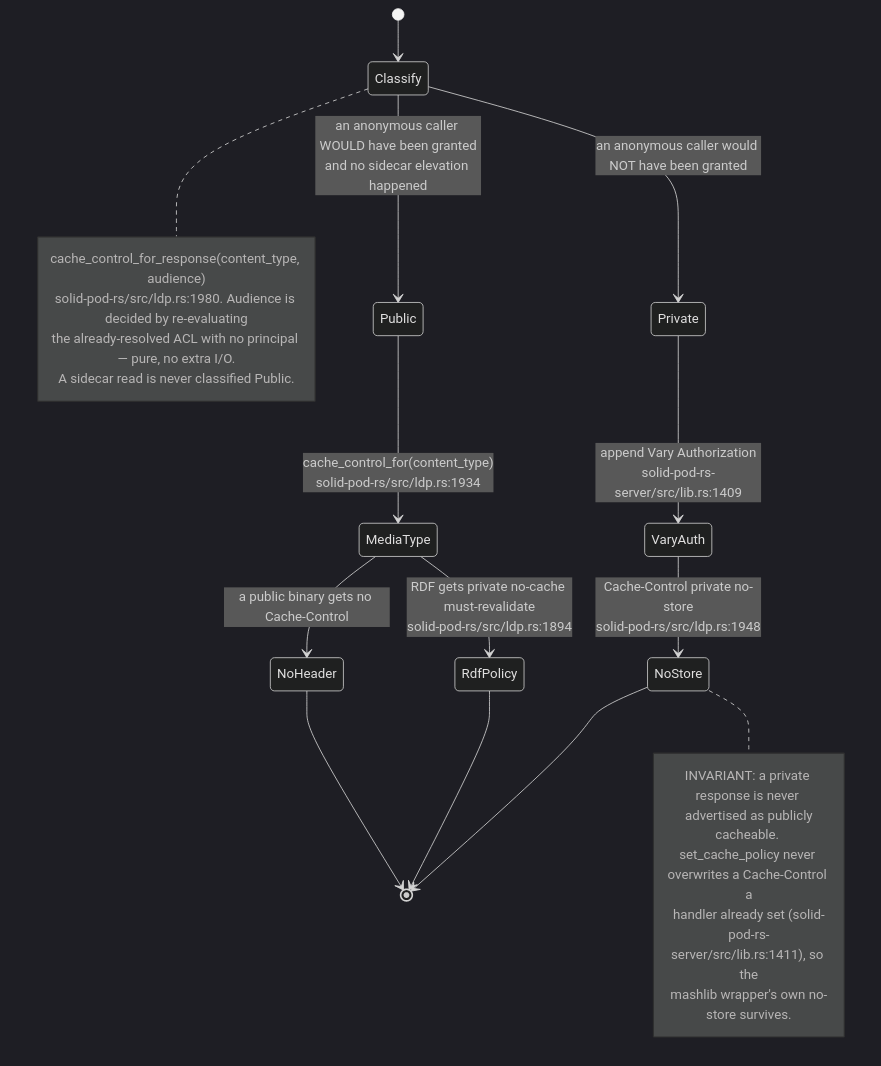
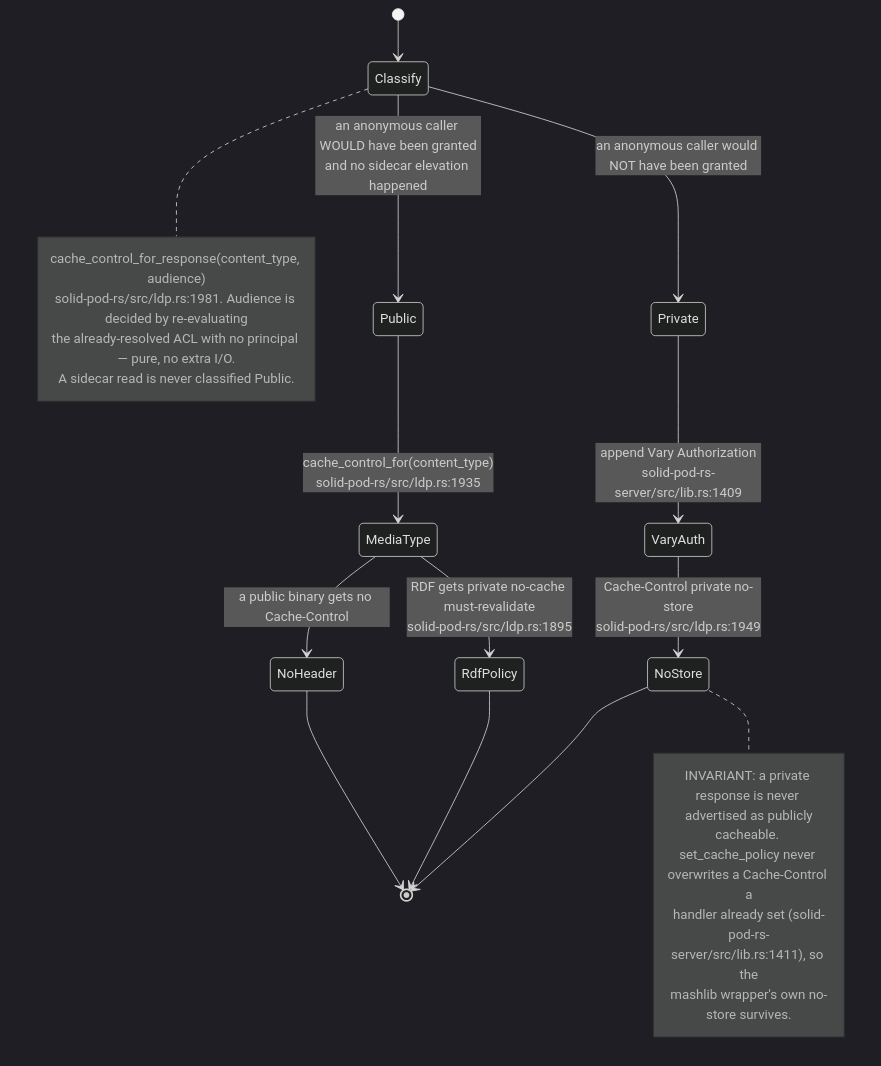
One commit to DreamLab-AI/VisionFlow changed diagram 11 of 11 in docs/diagrams/solid-pod-rs/03-ldp-request-lifecycle.md. Above: the diagram before and after it, drawn with Mermaid (dark theme). The commit also changed other lines of this file and 145 other files, not shown here.

````diff
--- a/docs/diagrams/solid-pod-rs/03-ldp-request-lifecycle.md
+++ b/docs/diagrams/solid-pod-rs/03-ldp-request-lifecycle.md
@@ -326,29 +326,29 @@
 ```mermaid
 stateDiagram-v2
     [*] --> Classify
     Classify --> Private: an anonymous caller would NOT have been granted
     Classify --> Public: an anonymous caller WOULD have been granted<br/>and no sidecar elevation happened
 
     Private --> VaryAuth: append Vary Authorization<br/>solid-pod-rs-server/src/lib.rs:1409
-    VaryAuth --> NoStore: Cache-Control private no-store<br/>solid-pod-rs/src/ldp.rs:1948
-    Public --> MediaType: cache_control_for(content_type)<br/>solid-pod-rs/src/ldp.rs:1934
-    MediaType --> RdfPolicy: RDF gets private no-cache must-revalidate<br/>solid-pod-rs/src/ldp.rs:1894
+    VaryAuth --> NoStore: Cache-Control private no-store<br/>solid-pod-rs/src/ldp.rs:1949
+    Public --> MediaType: cache_control_for(content_type)<br/>solid-pod-rs/src/ldp.rs:1935
+    MediaType --> RdfPolicy: RDF gets private no-cache must-revalidate<br/>solid-pod-rs/src/ldp.rs:1895
     MediaType --> NoHeader: a public binary gets no Cache-Control
 
     NoStore --> [*]
     RdfPolicy --> [*]
     NoHeader --> [*]
 
     note right of Classify
       cache_control_for_response(content_type, audience)
-      solid-pod-rs/src/ldp.rs:1980. Audience is decided by re-evaluating
+      solid-pod-rs/src/ldp.rs:1981. Audience is decided by re-evaluating
       the already-resolved ACL with no principal — pure, no extra I/O.
       A sidecar read is never classified Public.
     end note
     note right of NoStore
       INVARIANT: a private response is never advertised as publicly
       cacheable. set_cache_policy never overwrites a Cache-Control a
       handler already set (solid-pod-rs-server/src/lib.rs:1411), so the
       mashlib wrapper's own no-store survives.
     end note
 ```
````
